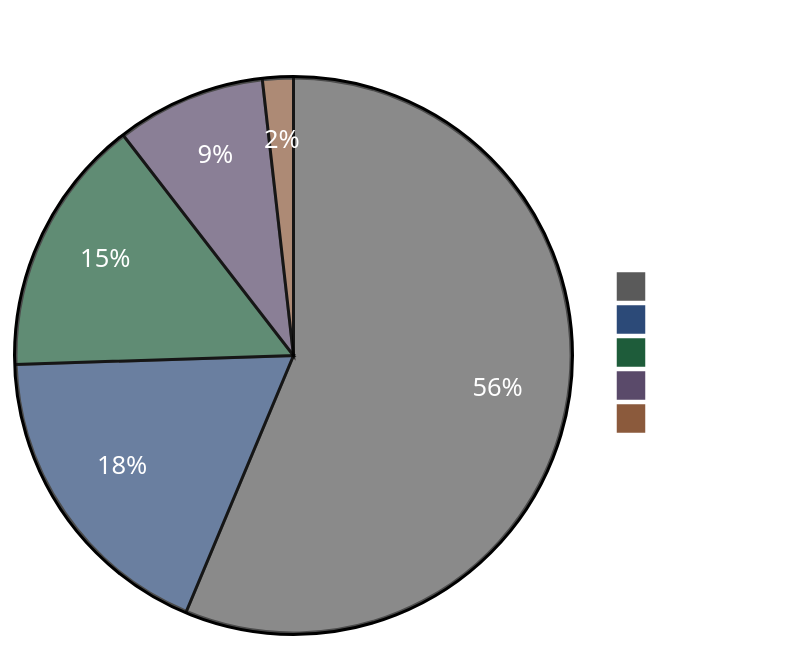
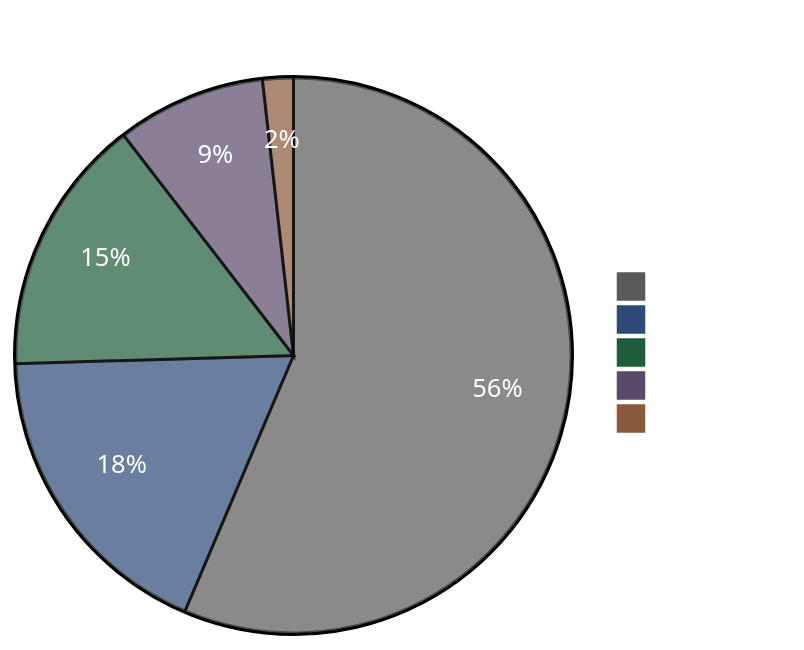
The diagram in README.md (ccmeteorljh/reco-arxiv-daily), drawn with Mermaid before and after one commit. The commit also changed other lines of this file and 7 other files, not shown here.

````diff
--- a/README.md
+++ b/README.md
@@ -6,19 +6,19 @@
 ```mermaid
 %%{init: {'theme':'base', 'themeVariables': {
   'pie1':'#5a5a5a',
   'pie2':'#2c4a78',
   'pie3':'#1e5c3a',
   'pie4':'#5a4a6a',
   'pie5':'#8b5a3c',
   'pieTitleTextColor':'#ffffff',
   'pieSectionTextColor':'#ffffff',
   'pieLegendTextColor':'#ffffff'
 }}}%%
 pie showData
 title Paper Distribution by Tag
-  "Other" : 629
+  "Other" : 631
   "LLM" : 203
   "GR" : 168
   "Seq" : 97
   "Scaling" : 20
 ```
````
